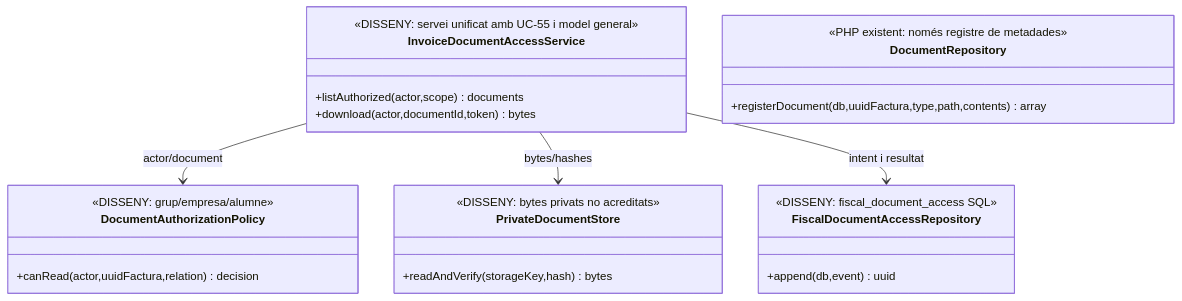
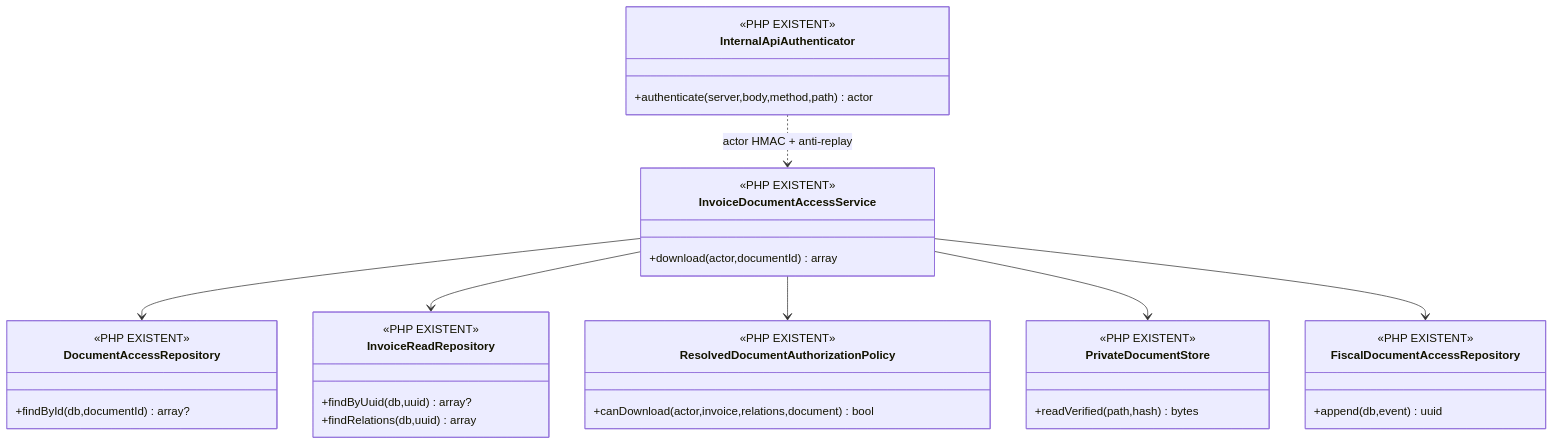
The second of 7 diagrams in documentacio/07-uml-integrat/uc-080-servir-registrar-acces-document-fiscal.md (orgmeriemprismacat-del/verifactu), drawn with Mermaid before and after one commit. The commit also changed other lines of this file, not shown here.

Commit message:
docs(uc-080): convertir UML principal a implementació executable

````diff
--- a/documentacio/07-uml-integrat/uc-080-servir-registrar-acces-document-fiscal.md
+++ b/documentacio/07-uml-integrat/uc-080-servir-registrar-acces-document-fiscal.md
@@ -80,27 +80,38 @@
 ```mermaid
 classDiagram
 class InvoiceDocumentAccessService {
- <<DISSENY: servei unificat amb UC-55 i model general>>
- +listAuthorized(actor,scope) documents
- +download(actor,documentId,token) bytes
+ <<PHP EXISTENT>>
+ +download(actor,documentId) array
 }
-class DocumentAuthorizationPolicy {
- <<DISSENY: grup/empresa/alumne>>
- +canRead(actor,uuidFactura,relation) decision
+class DocumentAccessRepository {
+ <<PHP EXISTENT>>
+ +findById(db,documentId) array?
+}
+class InvoiceReadRepository {
+ <<PHP EXISTENT>>
+ +findByUuid(db,uuid) array?
+ +findRelations(db,uuid) array
+}
+class ResolvedDocumentAuthorizationPolicy {
+ <<PHP EXISTENT>>
+ +canDownload(actor,invoice,relations,document) bool
+}
+class PrivateDocumentStore {
+ <<PHP EXISTENT>>
+ +readVerified(path,hash) bytes
 }
 class FiscalDocumentAccessRepository {
- <<DISSENY: fiscal_document_access SQL>>
+ <<PHP EXISTENT>>
  +append(db,event) uuid
 }
-class PrivateDocumentStore {
- <<DISSENY: bytes privats no acreditats>>
- +readAndVerify(storageKey,hash) bytes
+class InternalApiAuthenticator {
+ <<PHP EXISTENT>>
+ +authenticate(server,body,method,path) actor
 }
-class DocumentRepository {
- <<PHP existent: només registre de metadades>>
- +registerDocument(db,uuidFactura,type,path,contents) array
-}
-InvoiceDocumentAccessService --> DocumentAuthorizationPolicy : actor/document
-InvoiceDocumentAccessService --> PrivateDocumentStore : bytes/hashes
-InvoiceDocumentAccessService --> FiscalDocumentAccessRepository : intent i resultat
+InvoiceDocumentAccessService --> DocumentAccessRepository
+InvoiceDocumentAccessService --> InvoiceReadRepository
+InvoiceDocumentAccessService --> ResolvedDocumentAuthorizationPolicy
+InvoiceDocumentAccessService --> PrivateDocumentStore
+InvoiceDocumentAccessService --> FiscalDocumentAccessRepository
+InternalApiAuthenticator ..> InvoiceDocumentAccessService : actor HMAC + anti-replay
 ```
````
